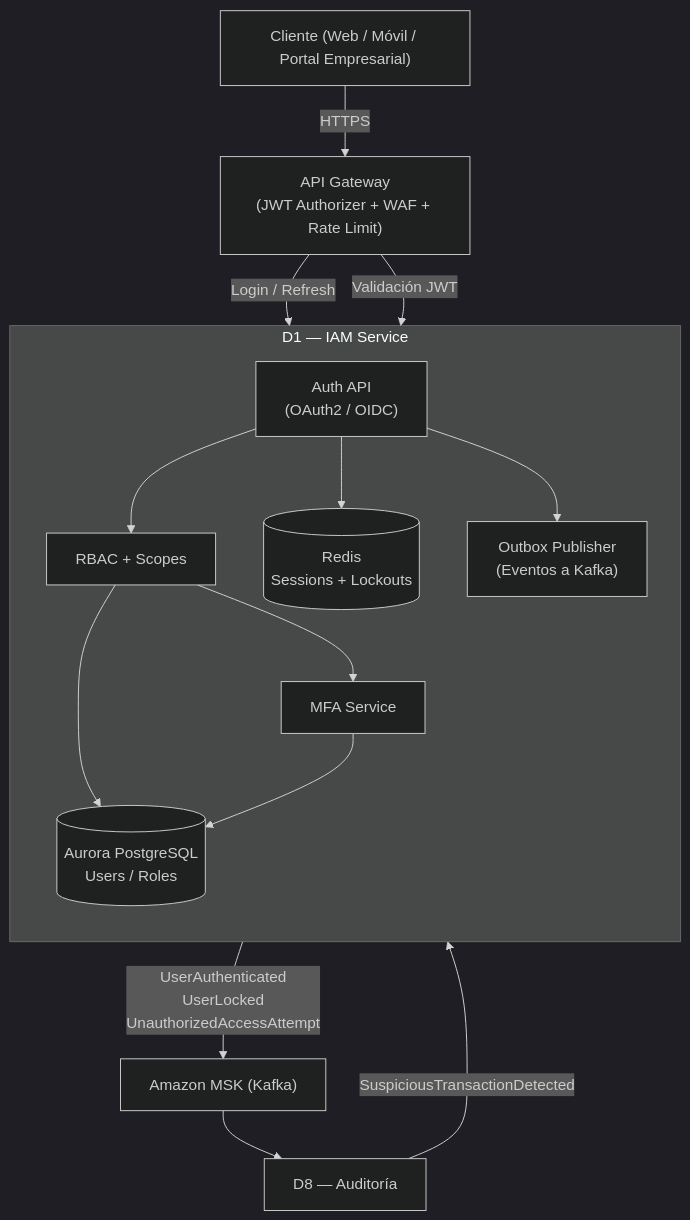
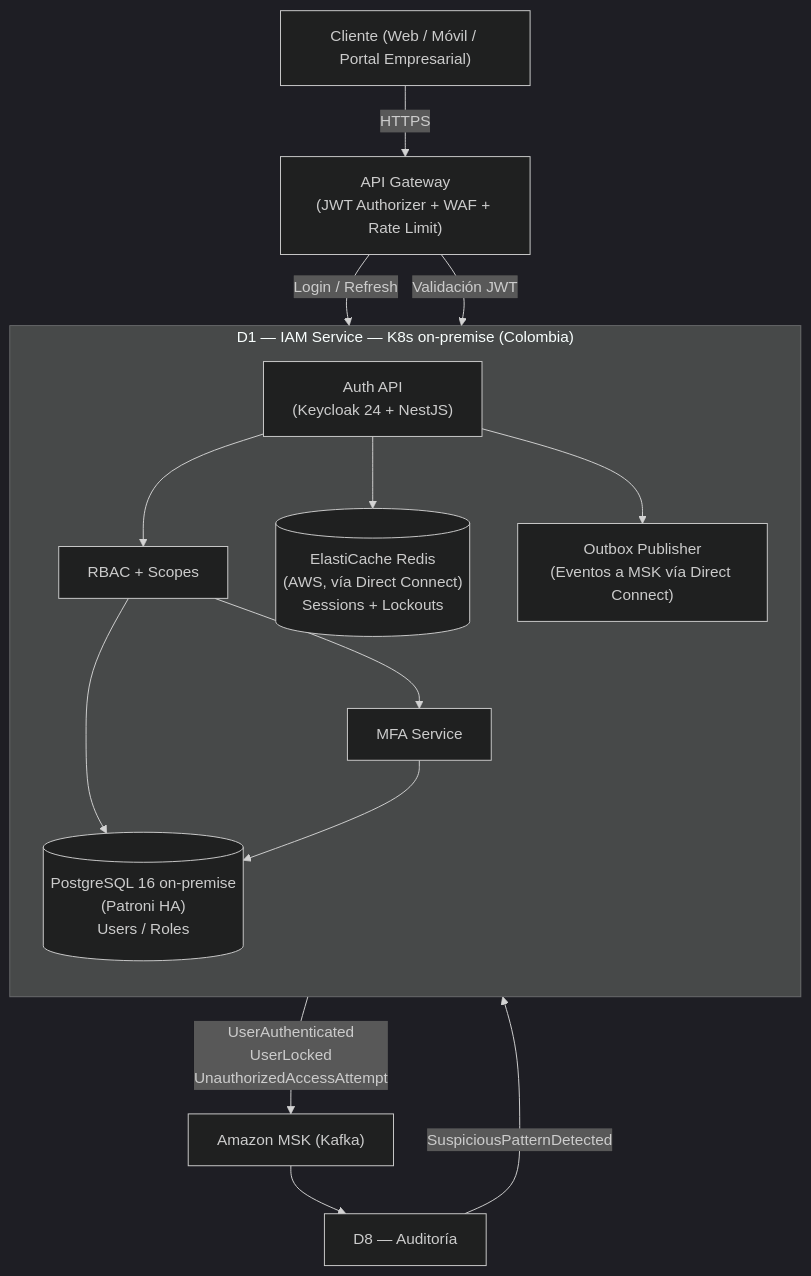
The first of 8 diagrams in secciones/seccion_3_diagrama.md (ortizSimon/GuionArquitecturas), drawn with Mermaid (dark theme) before and after one commit. The commit also changed other lines of this file and 11 other files, not shown here.

````diff
--- a/secciones/seccion_3_diagrama.md
+++ b/secciones/seccion_3_diagrama.md
@@ -69,36 +69,36 @@
 ```mermaid
 graph TB
 
     Cliente["Cliente (Web / Móvil / Portal Empresarial)"]
     APIGW["API Gateway\n(JWT Authorizer + WAF + Rate Limit)"]
 
-    subgraph D1["D1 — IAM Service"]
+    subgraph D1["D1 — IAM Service — K8s on-premise (Colombia)"]
         direction TB
 
-        AuthAPI["Auth API\n(OAuth2 / OIDC)"]
+        AuthAPI["Auth API\n(Keycloak 24 + NestJS)"]
         RBAC["RBAC + Scopes"]
         MFA["MFA Service"]
-        DB[("Aurora PostgreSQL\nUsers / Roles")]
-        Redis[("Redis\nSessions + Lockouts")]
-        Outbox["Outbox Publisher\n(Eventos a Kafka)"]
+        DB[("PostgreSQL 16 on-premise\n(Patroni HA)\nUsers / Roles")]
+        Redis[("ElastiCache Redis\n(AWS, vía Direct Connect)\nSessions + Lockouts")]
+        Outbox["Outbox Publisher\n(Eventos a MSK vía Direct Connect)"]
 
         AuthAPI --> RBAC
         RBAC --> MFA
         RBAC --> DB
         MFA --> DB
         AuthAPI --> Redis
         AuthAPI --> Outbox
     end
 
     Kafka["Amazon MSK (Kafka)"]
     D8["D8 — Auditoría"]
 
     Cliente -->|HTTPS| APIGW
     APIGW -->|Login / Refresh| AuthAPI
     APIGW -->|Validación JWT| RBAC
 
     Outbox -->|UserAuthenticated\nUserLocked\nUnauthorizedAccessAttempt| Kafka
     Kafka --> D8
 
-    D8 -->|SuspiciousTransactionDetected| AuthAPI
+    D8 -->|SuspiciousPatternDetected| AuthAPI
 ```
````
